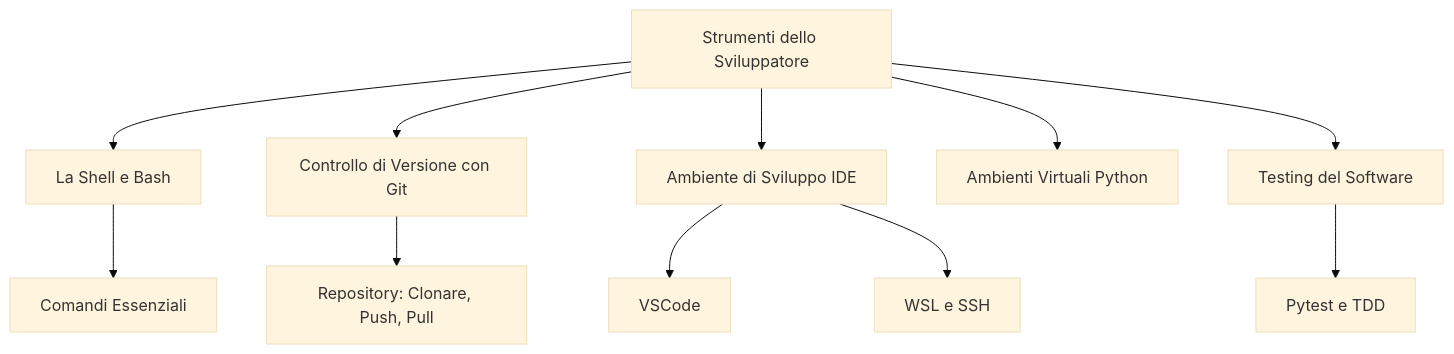
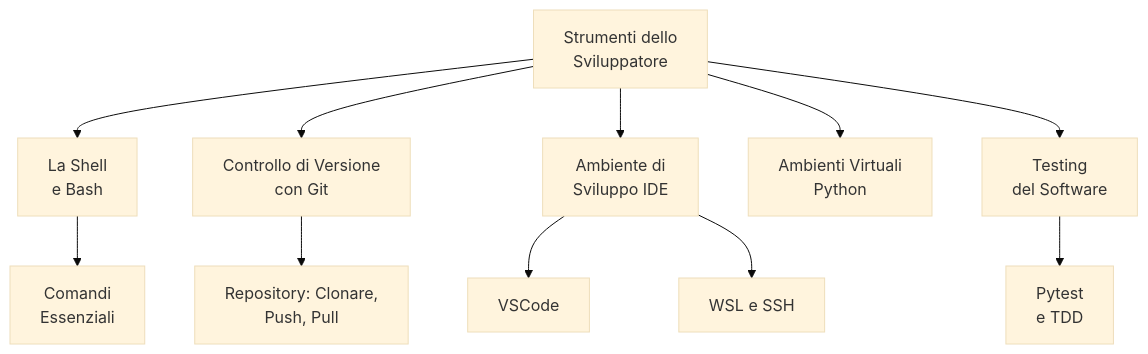
The diagram in 01_Fondamenti_di_Programmazione/02_Strumenti_dello_Sviluppatore/01_Mappa_Concettuale_Strumenti.md (angelogalantiscuola/IT), drawn with Mermaid (base theme) before and after one commit. The commit also changed 4 other files, not shown here.

````diff
--- a/01_Fondamenti_di_Programmazione/02_Strumenti_dello_Sviluppatore/01_Mappa_Concettuale_Strumenti.md
+++ b/01_Fondamenti_di_Programmazione/02_Strumenti_dello_Sviluppatore/01_Mappa_Concettuale_Strumenti.md
@@ -5,14 +5,14 @@
 ```mermaid
 graph TD
-    A[Strumenti dello Sviluppatore] --> B[La Shell e Bash];
-    A --> C[Controllo di Versione con Git];
-    A --> D[Ambiente di Sviluppo IDE];
-    A --> E[Ambienti Virtuali Python];
-    A --> F[Testing del Software];
+    A[Strumenti dello<br>Sviluppatore] --> B[La Shell<br>e Bash];
+    A --> C[Controllo di Versione<br>con Git];
+    A --> D[Ambiente di<br>Sviluppo IDE];
+    A --> E[Ambienti Virtuali<br>Python];
+    A --> F[Testing<br>del Software];
 
-    B --> B1[Comandi Essenziali];
-    C --> C1[Repository: Clonare, Push, Pull];
+    B --> B1[Comandi<br>Essenziali];
+    C --> C1[Repository: Clonare,<br>Push, Pull];
     D --> D1[VSCode];
     D --> D2[WSL e SSH];
-    F --> F1[Pytest e TDD];
+    F --> F1[Pytest<br>e TDD];
 ```
````
